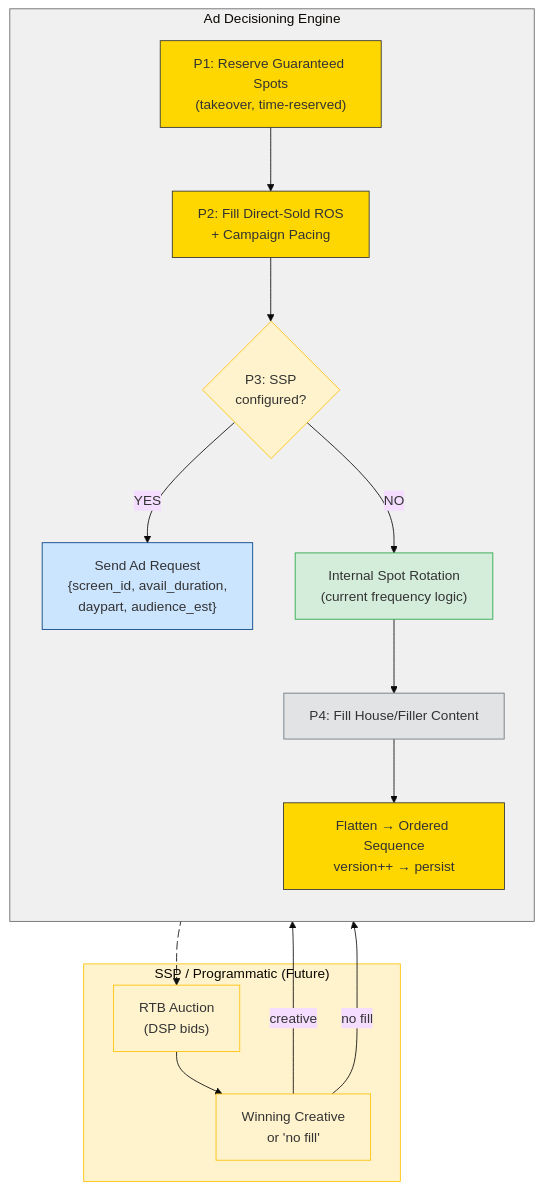
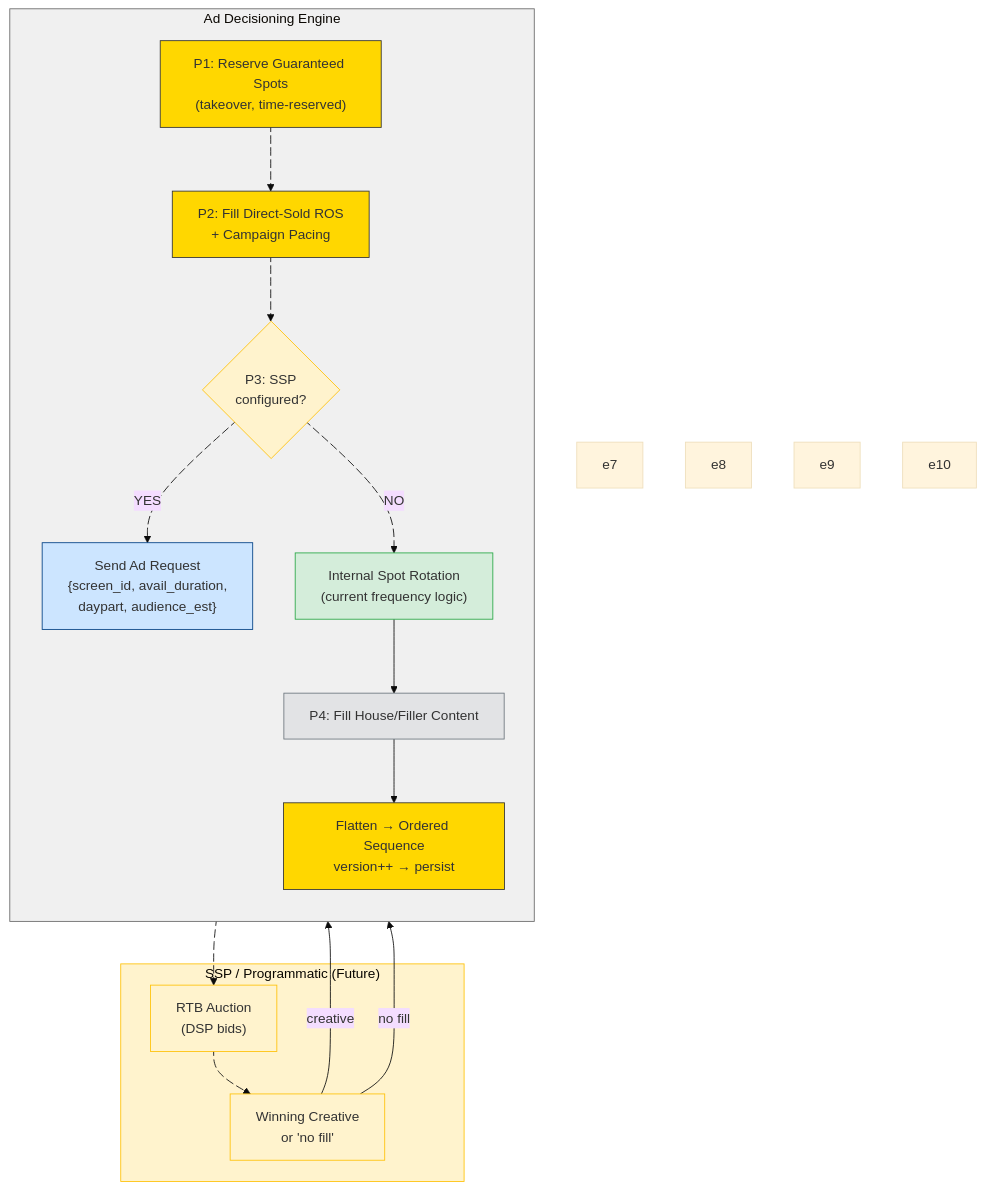
Before and after one commit to wasikarn/jira-generator: the diagram in scripts/diagrams/06-9-pdooh-integration.mmd, drawn with Mermaid (base theme). The commit also changed 15 other files, not shown here.

First line of the commit message:
feat: add edge animations to all flowchart diagrams across Sections 4-11

```diff
--- a/scripts/diagrams/06-9-pdooh-integration.mmd
+++ b/scripts/diagrams/06-9-pdooh-integration.mmd
@@ -1,34 +1,43 @@
 flowchart TD
     subgraph ADE["Ad Decisioning Engine"]
         direction TB
         P1["P1: Reserve Guaranteed Spots<br/>(takeover, time-reserved)"]
         P2["P2: Fill Direct-Sold ROS<br/>+ Campaign Pacing"]
         P3{"P3: SSP<br/>configured?"}
         P3Y["Send Ad Request<br/>{screen_id, avail_duration,<br/>daypart, audience_est}"]
         P3N["Internal Spot Rotation<br/>(current frequency logic)"]
         P4["P4: Fill House/Filler Content"]
         SEQ["Flatten → Ordered Sequence<br/>version++ → persist"]
     end
     subgraph SSP["SSP / Programmatic (Future)"]
         RTB["RTB Auction<br/>(DSP bids)"]
         WIN["Winning Creative<br/>or 'no fill'"]
     end
-    P1 --> P2 --> P3
-    P3 -->|"YES"| P3Y
-    P3 -->|"NO"| P3N
-    P3Y e1@--> RTB --> WIN
+    P1 e2@--> P2 e3@--> P3
+    P3 e4@-->|"YES"| P3Y
+    P3 e5@-->|"NO"| P3N
+    P3Y e1@--> RTB e6@--> WIN
     e1@{ animation: slow }
-    WIN -->|"creative"| P4
-    WIN -->|"no fill"| P3N
-    P3N --> P4 --> SEQ
+    e2@{ animation: fast }
+    e3@{ animation: fast }
+    e4@{ animation: fast }
+    e5@{ animation: fast }
+    e6@{ animation: slow }
+    e7@{ animation: fast }
+    e8@{ animation: fast }
+    e9@{ animation: fast }
+    e10@{ animation: fast }
+    WIN e7@-->|"creative"| P4
+    WIN e8@-->|"no fill"| P3N
+    P3N e9@--> P4 e10@--> SEQ
     style ADE fill:#f0f0f0,stroke:#666
     style SSP fill:#fff3cd,stroke:#ffc107
     style P1 fill:#ffd700,stroke:#333
     style P2 fill:#ffd700,stroke:#333
     style P3 fill:#fff3cd,stroke:#ffc107
     style P3Y fill:#cce5ff,stroke:#004085
     style P3N fill:#d4edda,stroke:#28a745
     style P4 fill:#e2e3e5,stroke:#6c757d
     style SEQ fill:#ffd700,stroke:#333
     style RTB fill:#fff3cd,stroke:#ffc107
     style WIN fill:#fff3cd,stroke:#ffc107
```
